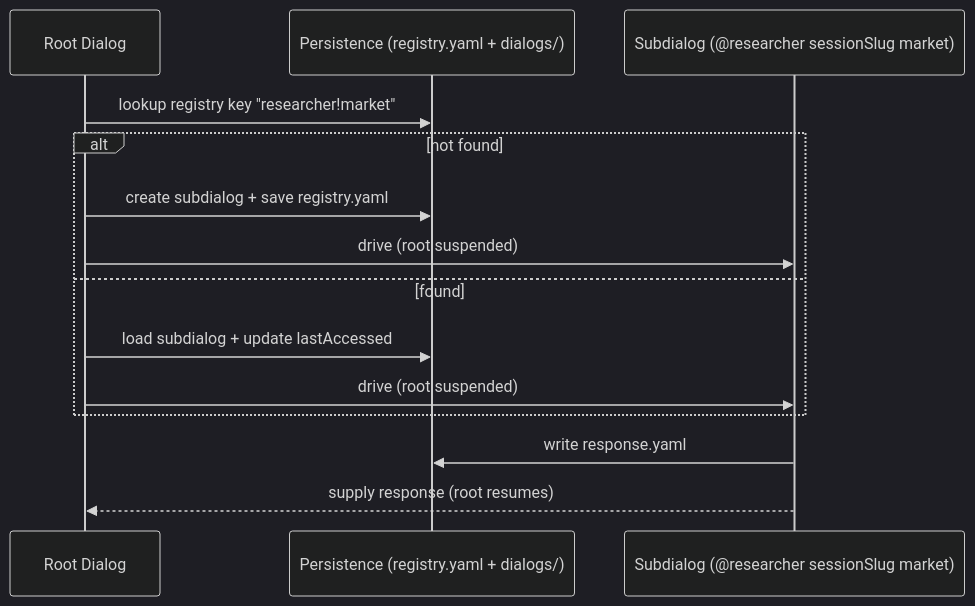
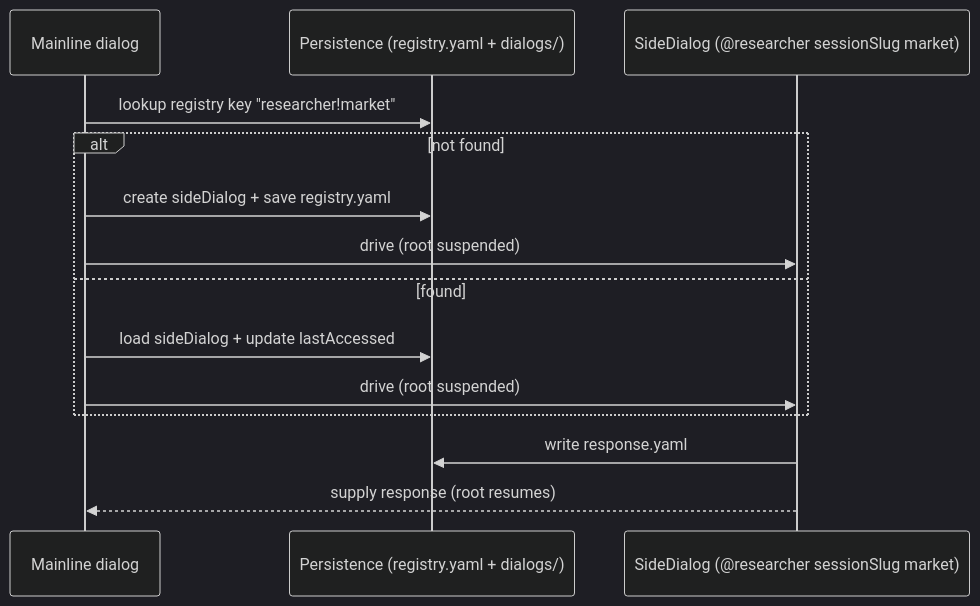
Before and after one commit to longrun-ai/dominds: diagram 18 of 18 in docs/dialog-system.md, drawn with Mermaid (dark theme). The commit also changed other lines of this file and 195 other files, not shown here.

````diff
--- a/docs/dialog-system.md
+++ b/docs/dialog-system.md
@@ -1416,18 +1418,18 @@
 ```mermaid
 sequenceDiagram
-  participant Root as Root Dialog
+  participant Main as Mainline dialog
   participant Store as Persistence (registry.yaml + dialogs/)
-  participant Sub as Subdialog (@researcher sessionSlug market)
+  participant Side as SideDialog (@researcher sessionSlug market)
 
-  Root->>Store: lookup registry key "researcher!market"
+  Main->>Store: lookup registry key "researcher!market"
   alt not found
-    Root->>Store: create subdialog + save registry.yaml
-    Root->>Sub: drive (root suspended)
+    Main->>Store: create sideDialog + save registry.yaml
+    Main->>Side: drive (root suspended)
   else found
-    Root->>Store: load subdialog + update lastAccessed
-    Root->>Sub: drive (root suspended)
+    Main->>Store: load sideDialog + update lastAccessed
+    Main->>Side: drive (root suspended)
   end
 
-  Sub->>Store: write response.yaml
-  Sub-->>Root: supply response (root resumes)
+  Side->>Store: write response.yaml
+  Side-->>Main: supply response (root resumes)
 ```
````
